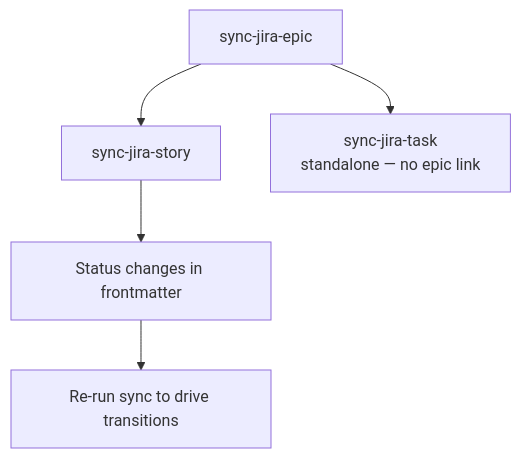
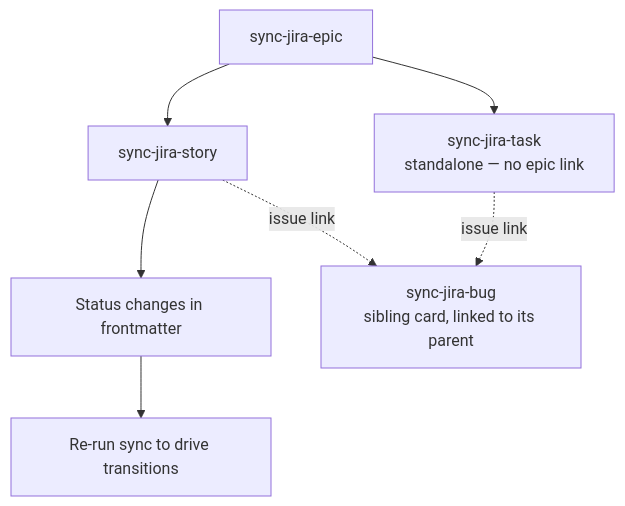
Before and after one commit to Gamaroff/agent-skills: the diagram in docs/runbooks/jira-publish.md, drawn with Mermaid. The commit also changed other lines of this file and 143 other files, not shown here.

````diff
--- a/docs/runbooks/jira-publish.md
+++ b/docs/runbooks/jira-publish.md
@@ -23,7 +23,9 @@
 ```mermaid
 flowchart TD
     A[sync-jira-epic] --> B[sync-jira-story]
     B --> C[Status changes in frontmatter]
     C --> D[Re-run sync to drive transitions]
     A --> E[sync-jira-task<br/>standalone — no epic link]
+    B -.issue link.-> F[sync-jira-bug<br/>sibling card, linked to its parent]
+    E -.issue link.-> F
 ```
````
